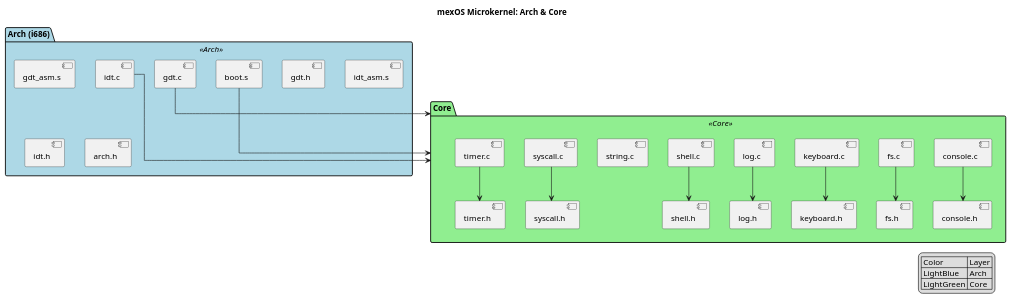
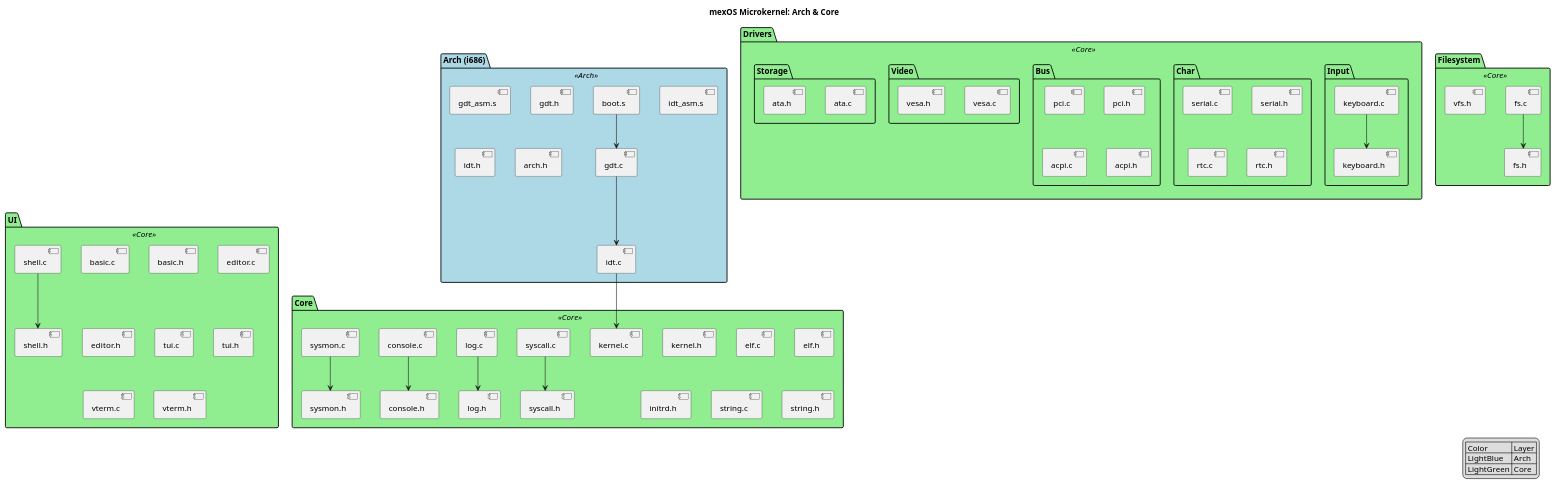
The diagram in docs/UML/arch_core.puml (mendax0110/mexOS), drawn with PlantUML before and after one commit. The commit also changed 50 other files, not shown here.

```diff
--- a/docs/UML/arch_core.puml
+++ b/docs/UML/arch_core.puml
@@ -1,64 +1,132 @@
 @startuml ArchCore
 title mexOS Microkernel: Arch & Core
 
 skinparam linetype ortho
 skinparam package {
     BackgroundColor<<Arch>> LightBlue
-    BorderColor Black
-    Shadowing false
-}
-skinparam package {
     BackgroundColor<<Core>> LightGreen
     BorderColor Black
     Shadowing false
 }
 
-' Kernel packages
+' =========================
+' ARCH (i686)
+' =========================
 package "Arch (i686)" <<Arch>> {
     [boot.s]
     [gdt_asm.s]
     [gdt.c]
     [gdt.h]
     [idt_asm.s]
     [idt.c]
     [idt.h]
     [arch.h]
 }
 
+' =========================
+' CORE SYSTEM
+' =========================
 package "Core" <<Core>> {
+    [kernel.c]
+    [kernel.h]
+    [elf.c]
+    [elf.h]
+    [initrd.h]
+
+    [syscall.c]
+    [syscall.h]
+
+    [log.c]
+    [log.h]
+
+    [string.c]
+    [string.h]
+
     [console.c]
     [console.h]
+
+    [sysmon.c]
+    [sysmon.h]
+}
+
+' =========================
+' UI + TUI
+' =========================
+package "UI" <<Core>> {
+    [basic.c]
+    [basic.h]
+    [shell.c]
+    [shell.h]
+    [editor.c]
+    [editor.h]
+    [tui.c]
+    [tui.h]
+    [vterm.c]
+    [vterm.h]
+}
+
+' =========================
+' DRIVER LAYER (Core)
+' =========================
+package "Drivers" <<Core>> {
+
+    package "Input" {
+        [keyboard.c]
+        [keyboard.h]
+    }
+
+    package "Char" {
+        [serial.c]
+        [serial.h]
+        [rtc.c]
+        [rtc.h]
+    }
+
+    package "Bus" {
+        [pci.c]
+        [pci.h]
+        [acpi.c]
+        [acpi.h]
+    }
+
+    package "Video" {
+        [vesa.c]
+        [vesa.h]
+    }
+
+    package "Storage" {
+        [ata.c]
+        [ata.h]
+    }
+}
+
+' =========================
+' FS
+' =========================
+package "Filesystem" <<Core>> {
     [fs.c]
     [fs.h]
-    [keyboard.c]
-    [keyboard.h]
-    [log.c]
-    [log.h]
-    [shell.c]
-    [shell.h]
-    [string.c]
-    [syscall.c]
-    [syscall.h]
-    [timer.c]
-    [timer.h]
+    [vfs.h]
 }
 
-' Dependencies (connections)
-[boot.s] --> [Core]
-[gdt.c] --> [Core]
-[idt.c] --> [Core]
+' Dependencies
+[boot.s] --> [gdt.c]
+[gdt.c] --> [idt.c]
+[idt.c] --> [kernel.c]
+
 [console.c] --> [console.h]
 [fs.c] --> [fs.h]
 [keyboard.c] --> [keyboard.h]
 [log.c] --> [log.h]
 [shell.c] --> [shell.h]
 [syscall.c] --> [syscall.h]
-[timer.c] --> [timer.h]
+[sysmon.c] --> [sysmon.h]
 
 ' Legend
 legend right
 | Color | Layer |
 | LightBlue | Arch |
 | LightGreen | Core |
 endlegend
+
 @enduml
```
